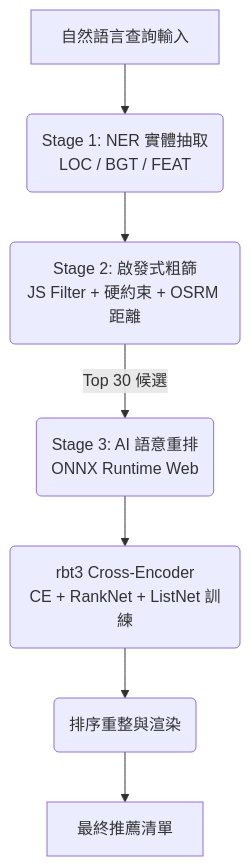
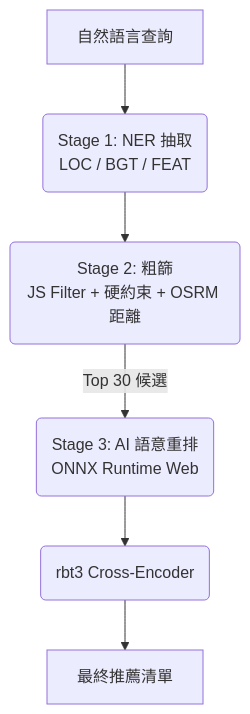
The second of 2 diagrams in README.md (eric20041027/nchu-edge-rental-ai), drawn with Mermaid before and after one commit. The commit also changed other lines of this file, not shown here.

````diff
--- a/README.md
+++ b/README.md
@@ -52,9 +94,8 @@
 ```mermaid
 graph TD
-    A["自然語言查詢輸入"] --> B("Stage 1: NER 實體抽取\nLOC / BGT / FEAT")
-    B --> C("Stage 2: 啟發式粗篩\nJS Filter + 硬約束 + OSRM 距離")
+    A["自然語言查詢"] --> B("Stage 1: NER 抽取\nLOC / BGT / FEAT")
+    B --> C("Stage 2: 粗篩\nJS Filter + 硬約束 + OSRM 距離")
     C -- "Top 30 候選" --> D("Stage 3: AI 語意重排\nONNX Runtime Web")
-    D --> E("rbt3 Cross-Encoder\nCE + RankNet + ListNet 訓練")
-    E --> F("排序重整與渲染")
-    F --> G["最終推薦清單"]
+    D --> E("rbt3 Cross-Encoder")
+    E --> F["最終推薦清單"]
 ```
````
